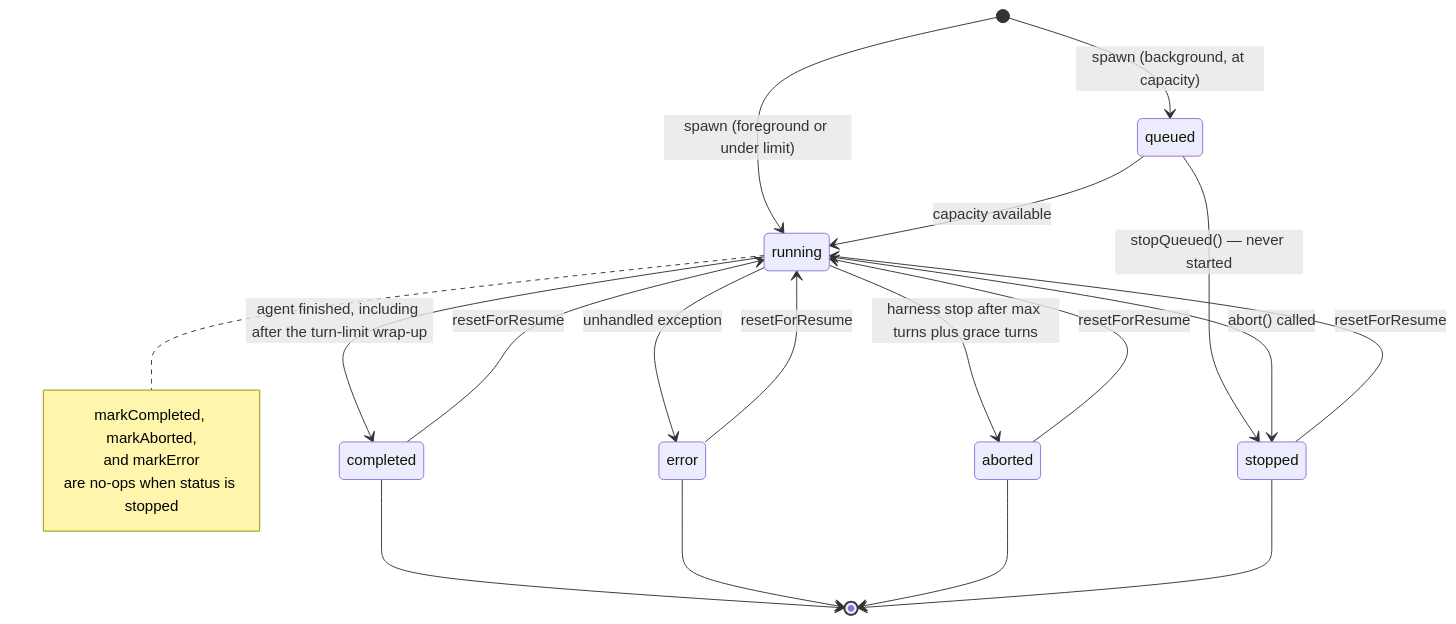
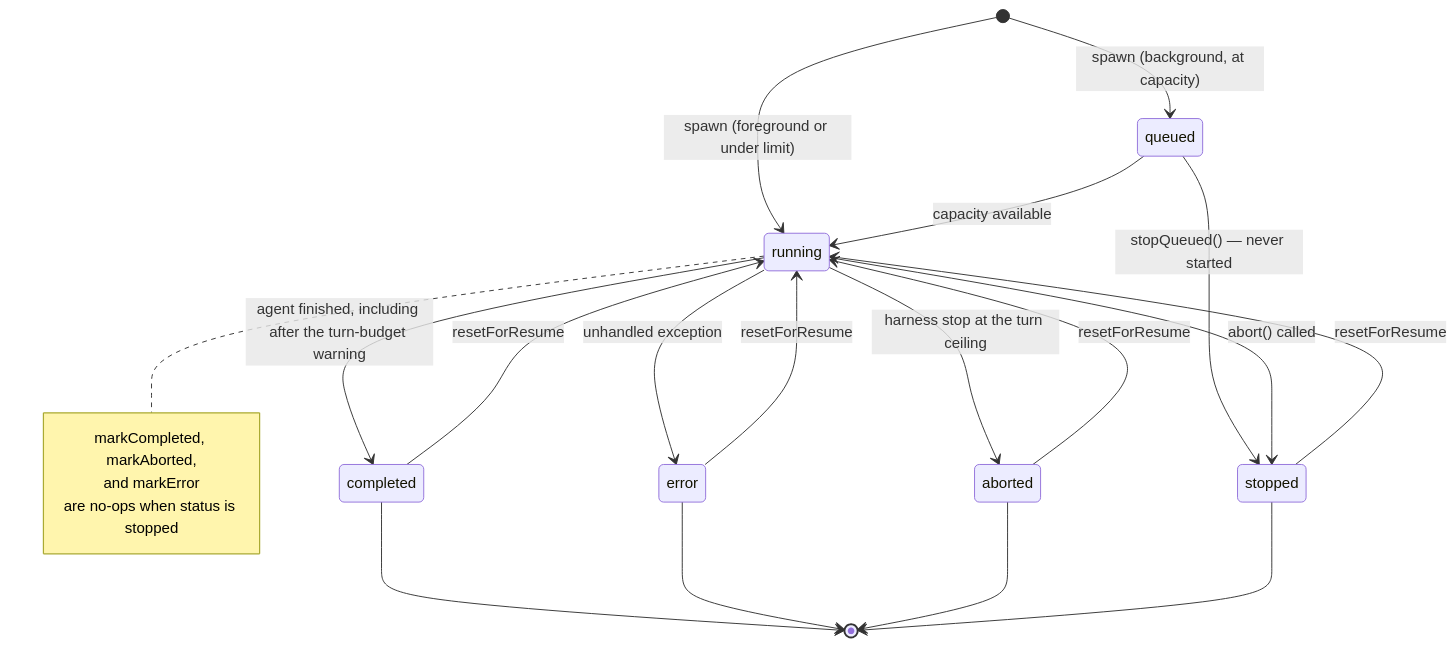
The third of 5 diagrams in packages/pi-subagents/docs/architecture/architecture.md (44madfire/pi-packages), drawn with Mermaid before and after one commit. The commit also changed other lines of this file and 5 other files, not shown here.

First line of the commit message:
docs(pi-subagents): document the turn ceiling and live turn budget

````diff
--- a/packages/pi-subagents/docs/architecture/architecture.md
+++ b/packages/pi-subagents/docs/architecture/architecture.md
@@ -258,25 +258,25 @@
 ```mermaid
 stateDiagram-v2
     [*] --> queued : spawn (background, at capacity)
     [*] --> running : spawn (foreground or under limit)
     queued --> running : capacity available
     queued --> stopped : stopQueued() — never started
-    running --> completed : agent finished, including after the turn-limit wrap-up
+    running --> completed : agent finished, including after the turn-budget warning
     running --> error : unhandled exception
-    running --> aborted : harness stop after max turns plus grace turns
+    running --> aborted : harness stop at the turn ceiling
     running --> stopped : abort() called
     completed --> running : resetForResume
     stopped --> running : resetForResume
     error --> running : resetForResume
     aborted --> running : resetForResume
     completed --> [*]
     error --> [*]
     aborted --> [*]
     stopped --> [*]
 
     note right of running
         markCompleted, markAborted,
         and markError
         are no-ops when status is stopped
     end note
 ```
````
